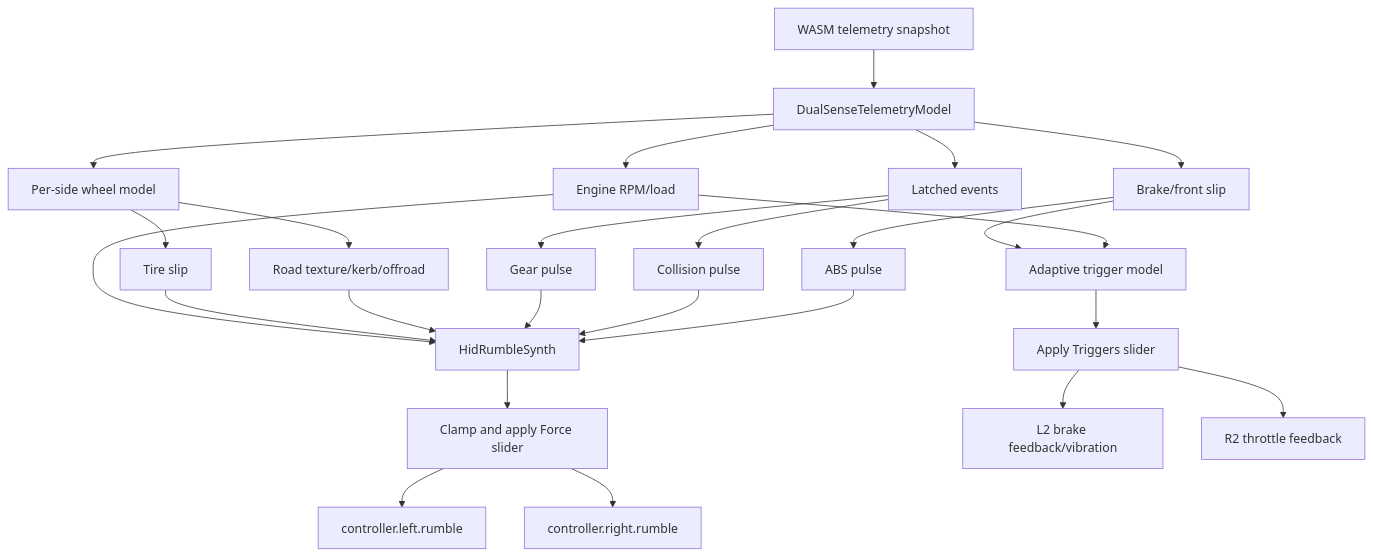
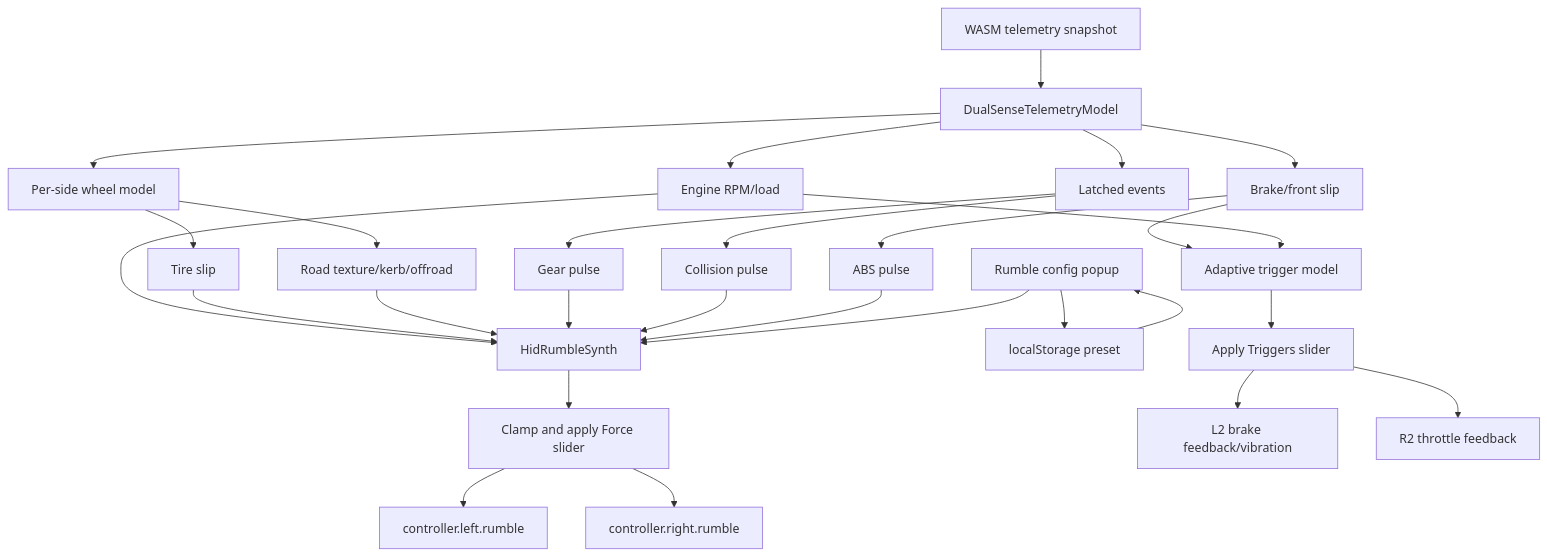
Before and after one commit to yunho-c/torcs-web: the diagram in torcs/torcs/doc/rumble-design.md, drawn with Mermaid. The commit also changed other lines of this file and 4 other files, not shown here.

Commit message:
Add DualSense rumble config popup

````diff
--- a/torcs/torcs/doc/rumble-design.md
+++ b/torcs/torcs/doc/rumble-design.md
@@ -28,30 +28,34 @@
 ```mermaid
 flowchart TD
     Snapshot[WASM telemetry snapshot] --> Model[DualSenseTelemetryModel]
     Model --> Engine[Engine RPM/load]
     Model --> Side[Per-side wheel model]
     Model --> Events[Latched events]
     Model --> Brake[Brake/front slip]
 
     Side --> Slip[Tire slip]
     Side --> Texture[Road texture/kerb/offroad]
     Events --> Gear[Gear pulse]
     Events --> Collision[Collision pulse]
     Brake --> Abs[ABS pulse]
 
     Engine --> Synth[HidRumbleSynth]
     Slip --> Synth
     Texture --> Synth
     Gear --> Synth
     Collision --> Synth
     Abs --> Synth
 
+    Config[Rumble config popup] --> Synth
+    Config --> Storage[localStorage preset]
+    Storage --> Config
+
     Synth --> Mix[Clamp and apply Force slider]
     Mix --> Left[controller.left.rumble]
     Mix --> Right[controller.right.rumble]
     Brake --> Triggers[Adaptive trigger model]
     Engine --> Triggers
     Triggers --> TriggerScale[Apply Triggers slider]
     TriggerScale --> L2[L2 brake feedback/vibration]
     TriggerScale --> R2[R2 throttle feedback]
 ```
````
